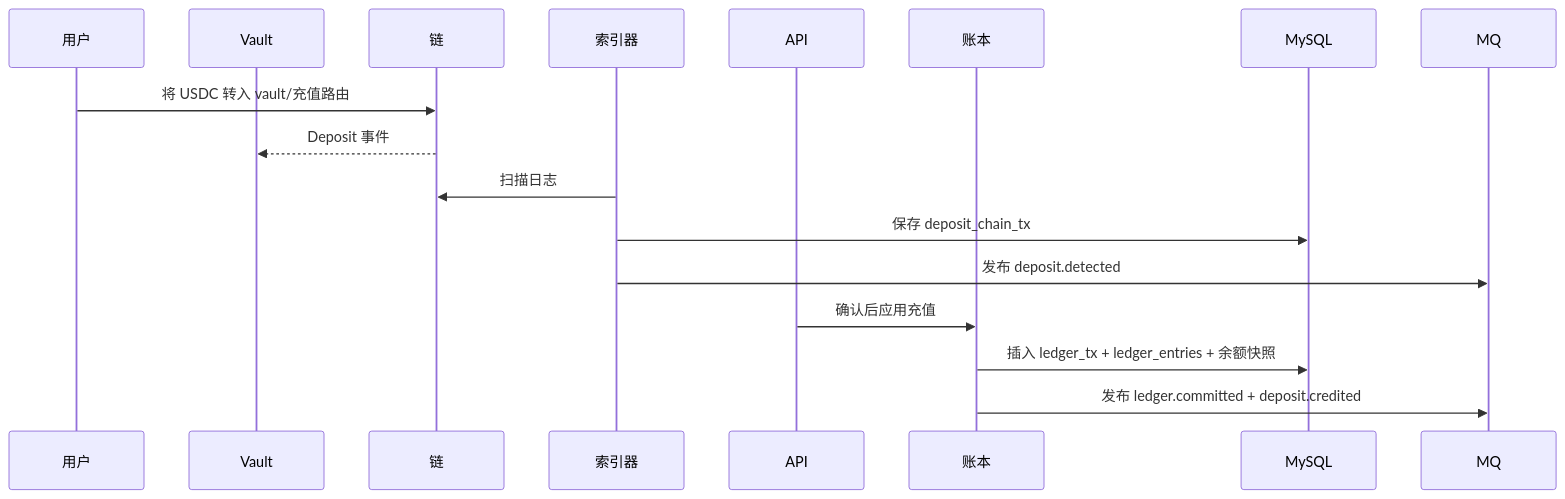
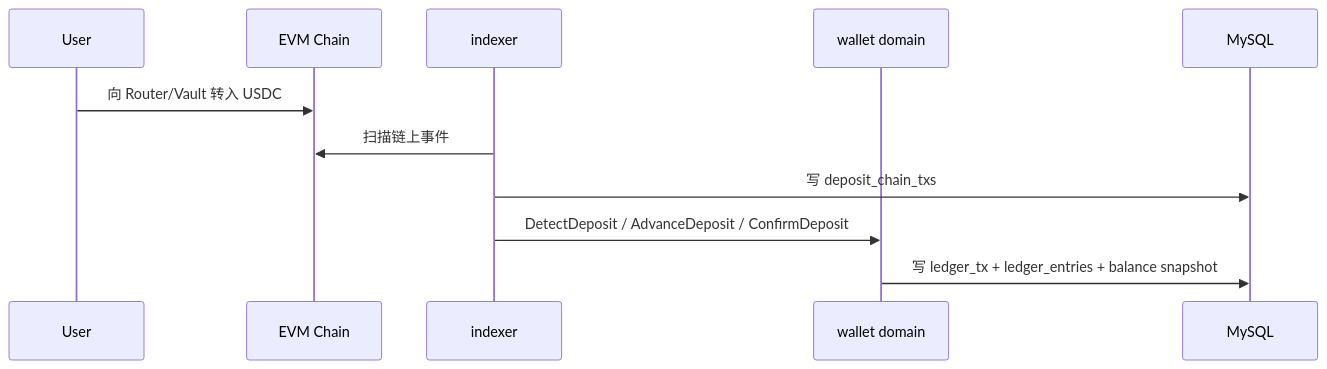
Before and after one commit to AboAuther/RGPerpV2: the fourth of 8 diagrams in docs/Architecture Document.md, drawn with Mermaid. The commit also changed other lines of this file and 173 other files, not shown here.

````diff
--- a/docs/Architecture Document.md
+++ b/docs/Architecture Document.md
@@ -370,20 +417,14 @@
 ```mermaid
 sequenceDiagram
-    participant User as 用户
-    participant Vault as Vault
-    participant Chain as 链
-    participant Indexer as 索引器
-    participant API
-    participant Ledger as 账本
-    participant MySQL
-    participant MQ
+    participant User as User
+    participant Chain as EVM Chain
+    participant IDX as indexer
+    participant WAL as wallet domain
+    participant DB as MySQL
 
-    User->>Chain: 将 USDC 转入 vault/充值路由
-    Chain-->>Vault: Deposit 事件
-    Indexer->>Chain: 扫描日志
-    Indexer->>MySQL: 保存 deposit_chain_tx
-    Indexer->>MQ: 发布 deposit.detected
-    API->>Ledger: 确认后应用充值
-    Ledger->>MySQL: 插入 ledger_tx + ledger_entries + 余额快照
-    Ledger->>MQ: 发布 ledger.committed + deposit.credited
+    User->>Chain: 向 Router/Vault 转入 USDC
+    IDX->>Chain: 扫描链上事件
+    IDX->>DB: 写 deposit_chain_txs
+    IDX->>WAL: DetectDeposit / AdvanceDeposit / ConfirmDeposit
+    WAL->>DB: 写 ledger_tx + ledger_entries + balance snapshot
 ```
````
